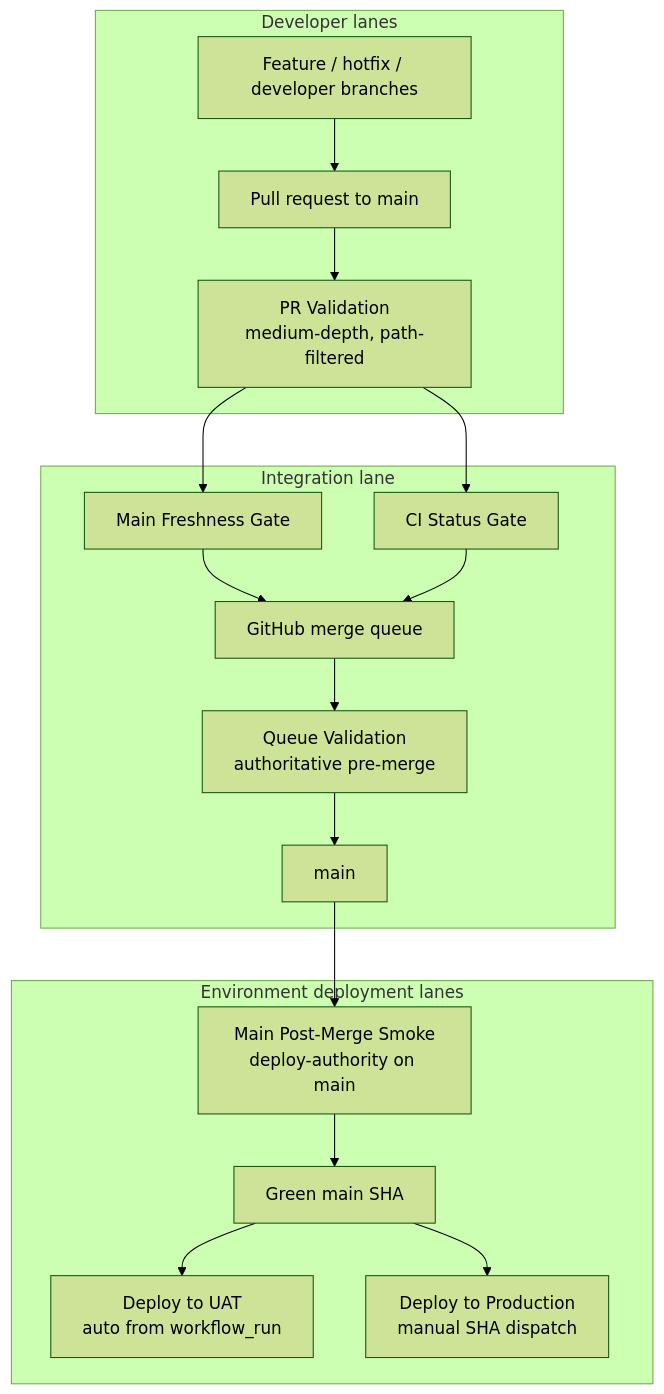
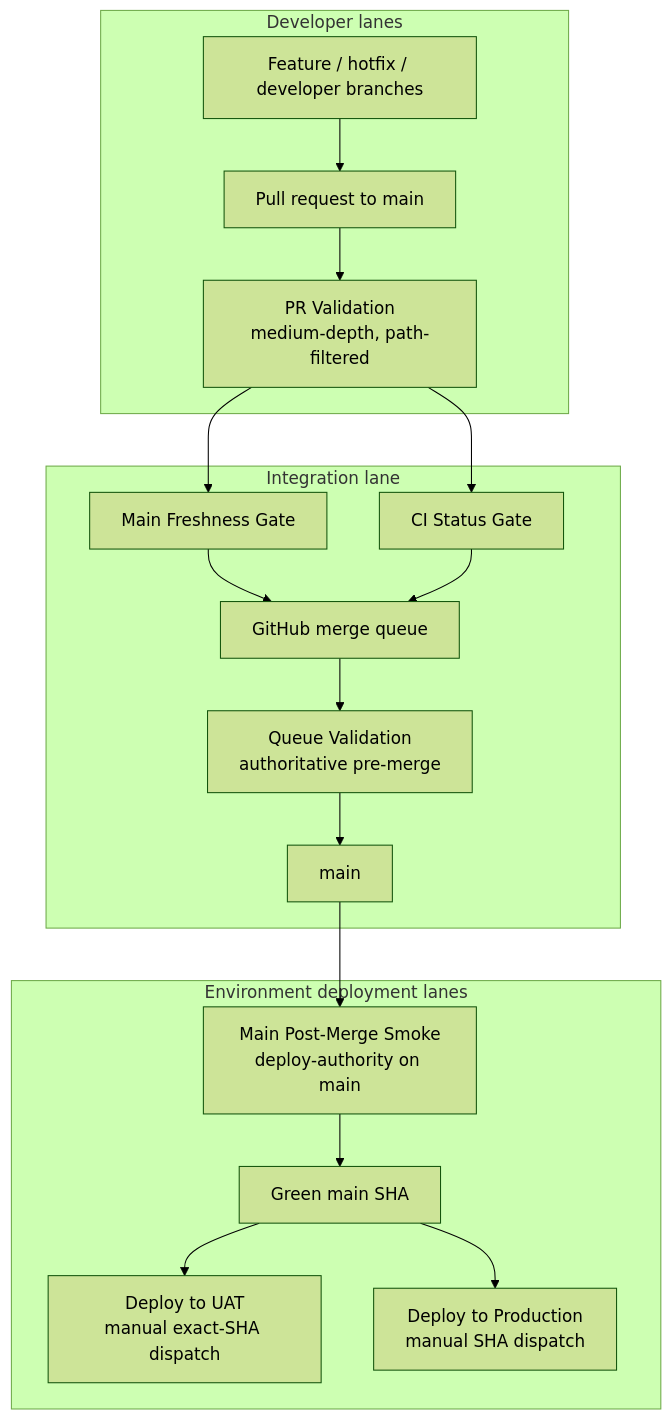
One commit to hushh-labs/hushh-research changed the diagram in docs/reference/operations/ci.md. Above: the diagram before and after it, drawn with Mermaid (forest theme). The commit also changed other lines of this file and 18 other files, not shown here.

````diff
--- a/docs/reference/operations/ci.md
+++ b/docs/reference/operations/ci.md
@@ -6,32 +6,32 @@
 ```mermaid
 flowchart TB
   subgraph dev["Developer lanes"]
     feat["Feature / hotfix / developer branches"]
     pr["Pull request to main"]
     prci["PR Validation<br/>medium-depth, path-filtered"]
   end
 
   subgraph integration["Integration lane"]
     freshness["Main Freshness Gate"]
     status["CI Status Gate"]
     queueci["Queue Validation<br/>authoritative pre-merge"]
     queue["GitHub merge queue"]
     main["main"]
   end
 
   subgraph release["Environment deployment lanes"]
     green["Green main SHA"]
     smoke["Main Post-Merge Smoke<br/>deploy-authority on main"]
-    uat["Deploy to UAT<br/>auto from workflow_run"]
+    uat["Deploy to UAT<br/>manual exact-SHA dispatch"]
     prod["Deploy to Production<br/>manual SHA dispatch"]
   end
 
   feat --> pr --> prci
   prci --> freshness
   prci --> status
   freshness --> queue
   status --> queue
   queue --> queueci --> main --> smoke --> green
   green --> uat
   green --> prod
 ```
````
